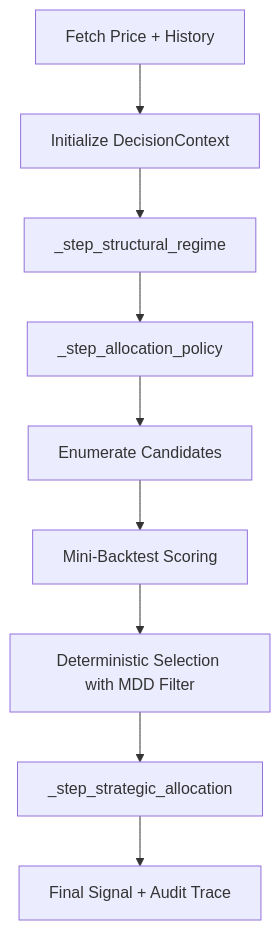
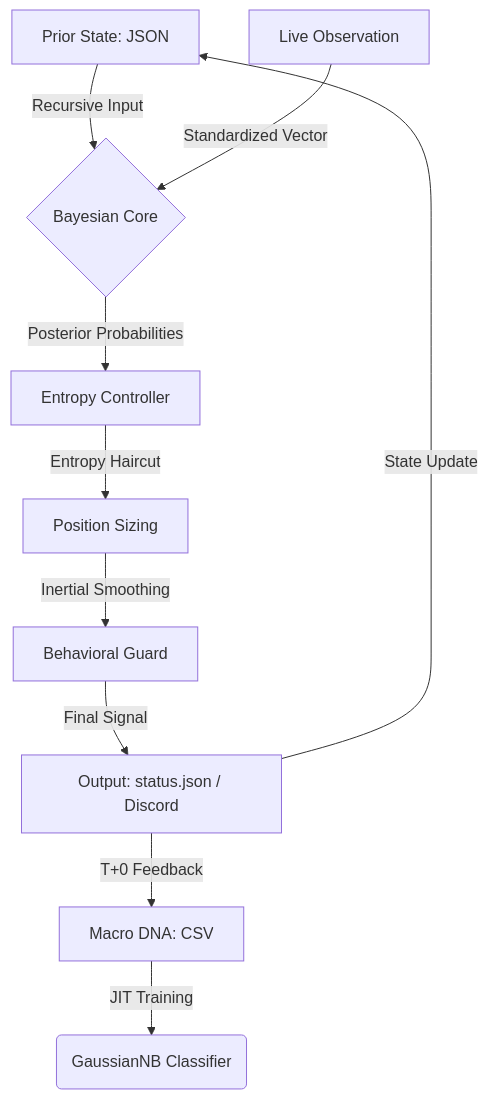
One commit to yutaofr/qqq-buyer-monitor changed the diagram in docs/architecture.md. Above: the diagram before and after it, drawn with Mermaid. The commit also changed other lines of this file and 1 other file, not shown here.

First line of the commit message:
docs: finalize V11.5 architecture and developer manual alignment

````diff
--- a/docs/architecture.md
+++ b/docs/architecture.md
@@ -28,11 +27,12 @@
 ```mermaid
 graph TD
-    A[Fetch Price + History] --> B[Initialize DecisionContext]
-    B --> C[_step_structural_regime]
-    C --> D[_step_allocation_policy]
-    D --> E[Enumerate Candidates]
-    E --> F[Mini-Backtest Scoring]
-    F --> G[Deterministic Selection with MDD Filter]
-    G --> H[_step_strategic_allocation]
-    H --> I[Final Signal + Audit Trace]
+    A[Macro DNA: CSV] -->|JIT Training| B(GaussianNB Classifier)
+    C[Prior State: JSON] -->|Recursive Input| D{Bayesian Core}
+    E[Live Observation] -->|Standardized Vector| D
+    D -->|Posterior Probabilities| F[Entropy Controller]
+    F -->|Entropy Haircut| G[Position Sizing]
+    G -->|Inertial Smoothing| H[Behavioral Guard]
+    H -->|Final Signal| I[Output: status.json / Discord]
+    I -->|T+0 Feedback| A
+    I -->|State Update| C
 ```
````
